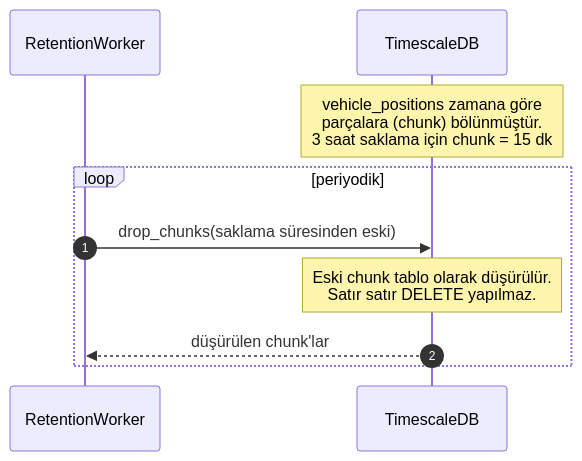
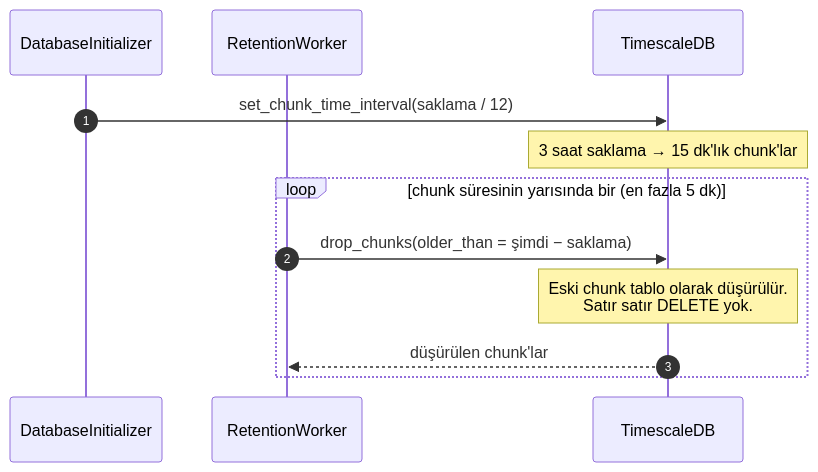
One commit to blisahn/piton-live-vehicle-tracking changed the seventh of 10 diagrams in docs/architecture.md. Above: the diagram before and after it, drawn with Mermaid. The commit also changed other lines of this file and 1 other file, not shown here.

First line of the commit message:
docs: bring the architecture flows up to date

````diff
--- a/docs/architecture.md
+++ b/docs/architecture.md
@@ -193,13 +251,15 @@
 ```mermaid
 sequenceDiagram
     autonumber
+    participant D as DatabaseInitializer
     participant R as RetentionWorker
     participant DB as TimescaleDB
 
-    Note over DB: vehicle_positions zamana göre<br/>parçalara (chunk) bölünmüştür.<br/>3 saat saklama için chunk = 15 dk
-    loop periyodik
-        R->>DB: drop_chunks(saklama süresinden eski)
-        Note over DB: Eski chunk tablo olarak düşürülür.<br/>Satır satır DELETE yapılmaz.
+    D->>DB: set_chunk_time_interval(saklama / 12)
+    Note over DB: 3 saat saklama → 15 dk'lık chunk'lar
+    loop chunk süresinin yarısında bir (en fazla 5 dk)
+        R->>DB: drop_chunks(older_than = şimdi − saklama)
+        Note over DB: Eski chunk tablo olarak düşürülür.<br/>Satır satır DELETE yok.
         DB-->>R: düşürülen chunk'lar
     end
 ```
````
